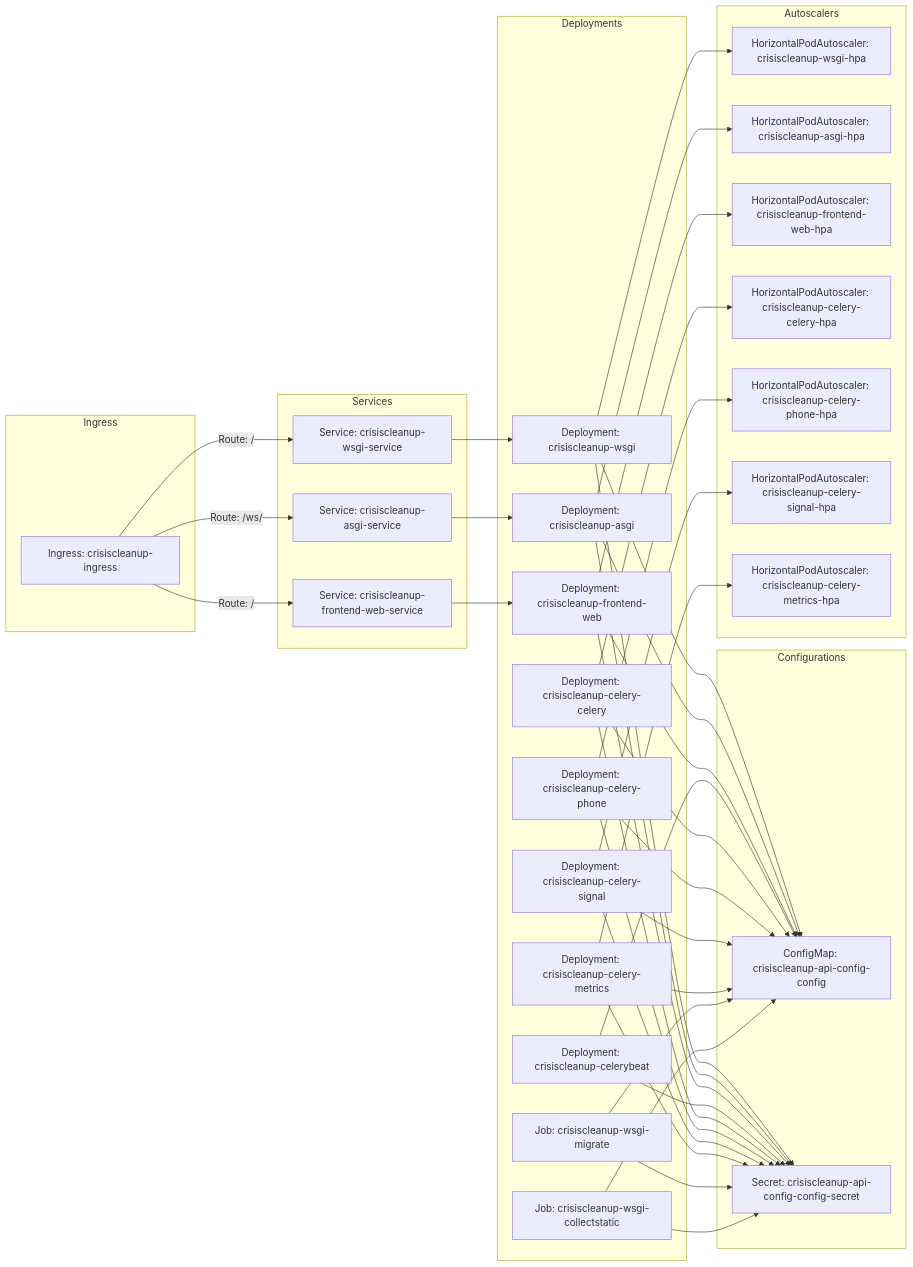
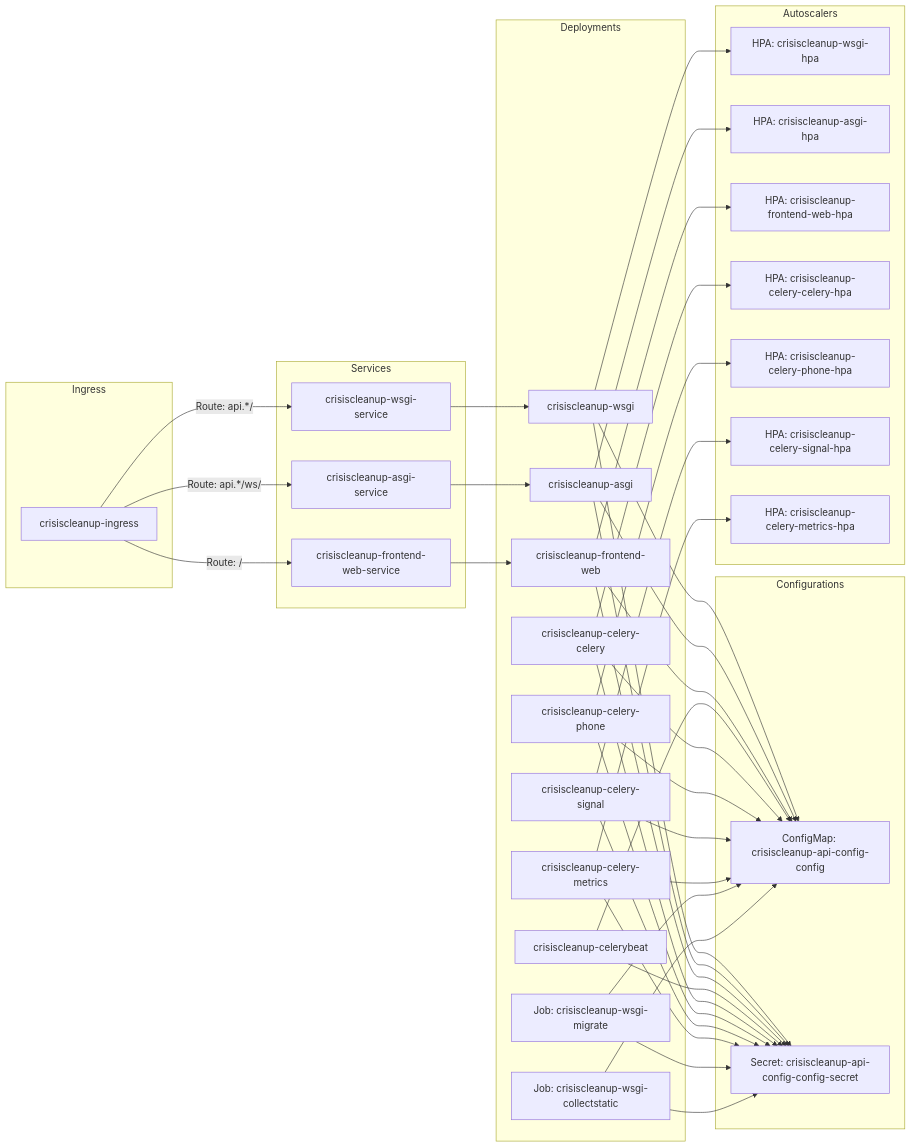
The diagram in README.md (CrisisCleanup/infrastructure), drawn with Mermaid before and after one commit.

Commit message:
docs(readme): charts mermaid improvements

````diff
--- a/README.md
+++ b/README.md
@@ -11,69 +11,69 @@
 ```mermaid
 graph LR
     subgraph Ingress
-        A[Ingress: crisiscleanup-ingress]
+        A[crisiscleanup-ingress]
     end
     subgraph Services
-        B[Service: crisiscleanup-wsgi-service]
-        C[Service: crisiscleanup-asgi-service]
-        D[Service: crisiscleanup-frontend-web-service]
+        B[crisiscleanup-wsgi-service]
+        C[crisiscleanup-asgi-service]
+        D[crisiscleanup-frontend-web-service]
     end
     subgraph Deployments
-        E[Deployment: crisiscleanup-wsgi]
-        F[Deployment: crisiscleanup-asgi]
-        G[Deployment: crisiscleanup-frontend-web]
-        M[Deployment: crisiscleanup-celerybeat]
-        N[Deployment: crisiscleanup-celery-celery]
-        P[Deployment: crisiscleanup-celery-phone]
-        R[Deployment: crisiscleanup-celery-signal]
-        T[Deployment: crisiscleanup-celery-metrics]
+        E[crisiscleanup-wsgi]
+        F[crisiscleanup-asgi]
+        G[crisiscleanup-frontend-web]
+        M[crisiscleanup-celerybeat]
+        N[crisiscleanup-celery-celery]
+        P[crisiscleanup-celery-phone]
+        R[crisiscleanup-celery-signal]
+        T[crisiscleanup-celery-metrics]
         V[Job: crisiscleanup-wsgi-migrate]
         W[Job: crisiscleanup-wsgi-collectstatic]
     end
     subgraph Configurations
         K[ConfigMap: crisiscleanup-api-config-config]
         L[Secret: crisiscleanup-api-config-config-secret]
     end
     subgraph Autoscalers
-        H[HorizontalPodAutoscaler: crisiscleanup-wsgi-hpa]
-        I[HorizontalPodAutoscaler: crisiscleanup-asgi-hpa]
-        J[HorizontalPodAutoscaler: crisiscleanup-frontend-web-hpa]
-        O[HorizontalPodAutoscaler: crisiscleanup-celery-celery-hpa]
-        Q[HorizontalPodAutoscaler: crisiscleanup-celery-phone-hpa]
-        S[HorizontalPodAutoscaler: crisiscleanup-celery-signal-hpa]
-        U[HorizontalPodAutoscaler: crisiscleanup-celery-metrics-hpa]
+        H[HPA: crisiscleanup-wsgi-hpa]
+        I[HPA: crisiscleanup-asgi-hpa]
+        J[HPA: crisiscleanup-frontend-web-hpa]
+        O[HPA: crisiscleanup-celery-celery-hpa]
+        Q[HPA: crisiscleanup-celery-phone-hpa]
+        S[HPA: crisiscleanup-celery-signal-hpa]
+        U[HPA: crisiscleanup-celery-metrics-hpa]
     end
-    A -->|Route: /| B
-    A -->|Route: /ws/| C
+    A -->|Route: api.*/| B
+    A -->|Route: api.*/ws/| C
     A -->|Route: /| D
     B --> E
     C --> F
     D --> G
     E --> H
     F --> I
     G --> J
     E --> K
     E --> L
     F --> K
     F --> L
     G --> K
     G --> L
     M --> K
     M --> L
     N --> K
     N --> L
     N --> O
     P --> K
     P --> L
     P --> Q
     R --> K
     R --> L
     R --> S
     T --> K
     T --> L
     T --> U
     V --> K
     V --> L
     W --> K
     W --> L
 ```
````
